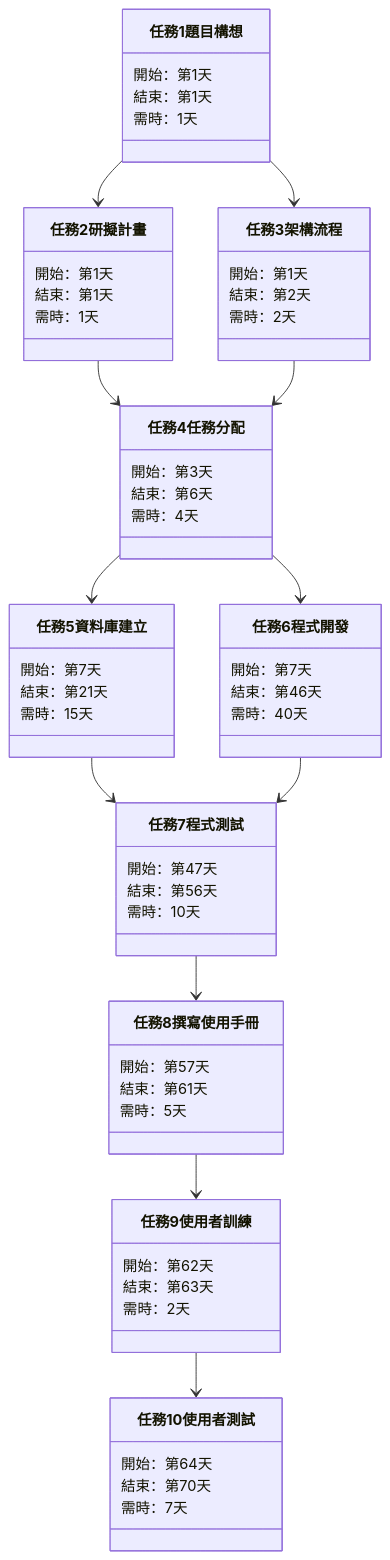
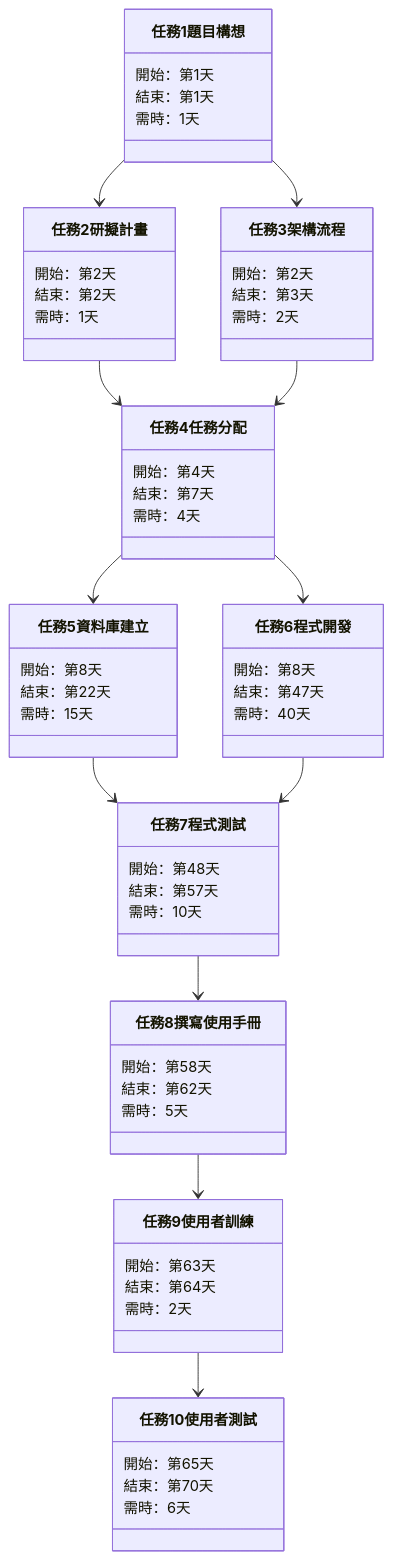
One commit to Forever-Hate/no15 changed the second of 2 diagrams in README.md. Above: the diagram before and after it, drawn with Mermaid.

Commit message:
Update README.md
更新日期 by C109118110

````diff
--- a/README.md
+++ b/README.md
@@ -48,61 +48,61 @@
 ```mermaid
 classDiagram
 
 任務1 題目構想 --> 任務2 研擬計畫
 任務1 題目構想 --> 任務3 架構流程
 
 任務2 研擬計畫 --> 任務4 任務分配
 任務3 架構流程 --> 任務4 任務分配
 
 任務4 任務分配 --> 任務5 資料庫建立
 任務4 任務分配 --> 任務6 程式開發
 
 任務5 資料庫建立 --> 任務7 程式測試
 任務6 程式開發 --> 任務7 程式測試
 
 任務7 程式測試 --> 任務8 撰寫使用手冊
 
 任務8 撰寫使用手冊 --> 任務9 使用者訓練
 
 任務9 使用者訓練 --> 任務10 使用者測試
 
 任務1 題目構想 : 開始：第1天
 任務1 題目構想 : 結束：第1天
 任務1 題目構想 : 需時：1天
 
-任務2 研擬計畫 : 開始：第1天
-任務2 研擬計畫 : 結束：第1天
+任務2 研擬計畫 : 開始：第2天
+任務2 研擬計畫 : 結束：第2天
 任務2 研擬計畫 : 需時：1天
 
-任務3 架構流程 : 開始：第1天
-任務3 架構流程 : 結束：第2天
+任務3 架構流程 : 開始：第2天
+任務3 架構流程 : 結束：第3天
 任務3 架構流程 : 需時：2天
 
-任務4 任務分配 : 開始：第3天
-任務4 任務分配 : 結束：第6天
+任務4 任務分配 : 開始：第4天
+任務4 任務分配 : 結束：第7天
 任務4 任務分配 : 需時：4天
 
-任務5 資料庫建立 : 開始：第7天
-任務5 資料庫建立 : 結束：第21天
+任務5 資料庫建立 : 開始：第8天
+任務5 資料庫建立 : 結束：第22天
 任務5 資料庫建立 : 需時：15天
 
-任務6 程式開發 : 開始：第7天
-任務6 程式開發 : 結束：第46天
+任務6 程式開發 : 開始：第8天
+任務6 程式開發 : 結束：第47天
 任務6 程式開發 : 需時：40天
 
-任務7 程式測試 : 開始：第47天
-任務7 程式測試 : 結束：第56天
+任務7 程式測試 : 開始：第48天
+任務7 程式測試 : 結束：第57天
 任務7 程式測試 : 需時：10天
 
-任務8 撰寫使用手冊 : 開始：第57天
-任務8 撰寫使用手冊 : 結束：第61天
+任務8 撰寫使用手冊 : 開始：第58天
+任務8 撰寫使用手冊 : 結束：第62天
 任務8 撰寫使用手冊 : 需時：5天
 
-任務9 使用者訓練 : 開始：第62天
-任務9 使用者訓練 : 結束：第63天
+任務9 使用者訓練 : 開始：第63天
+任務9 使用者訓練 : 結束：第64天
 任務9 使用者訓練 : 需時：2天
 
-任務10 使用者測試 : 開始：第64天
+任務10 使用者測試 : 開始：第65天
 任務10 使用者測試 : 結束：第70天
-任務10 使用者測試 : 需時：7天
+任務10 使用者測試 : 需時：6天
 ```
````
